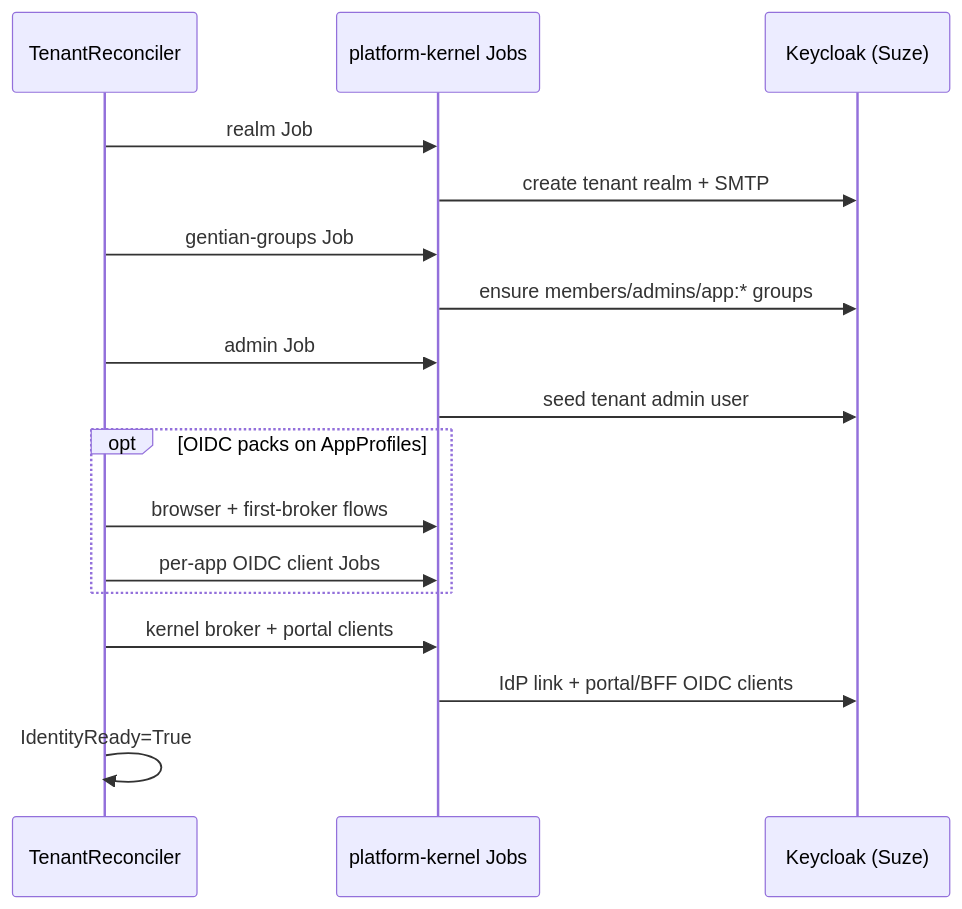
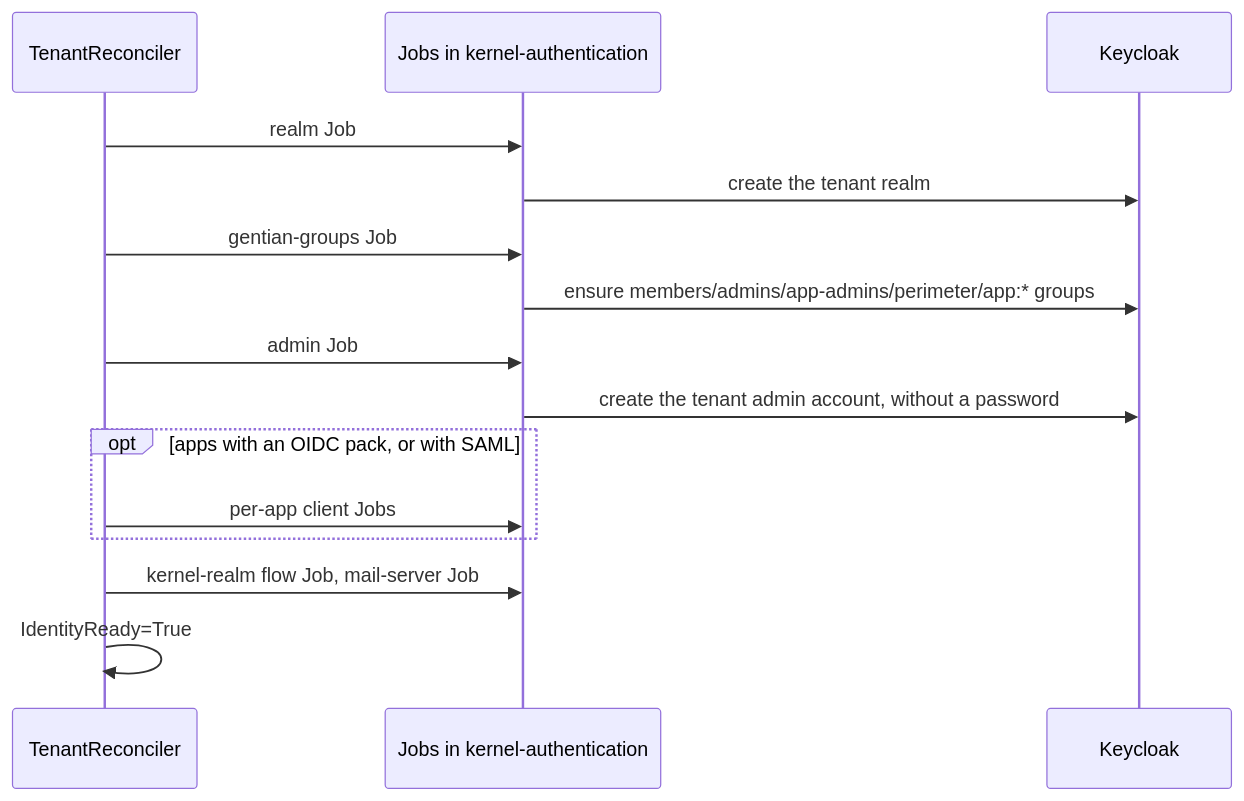
The diagram in docs/design/iam.md (gentian-org/gentian-os), drawn with Mermaid before and after one commit. The commit also changed other lines of this file and 27 other files, not shown here.

````diff
--- a/docs/design/iam.md
+++ b/docs/design/iam.md
@@ -194,20 +227,18 @@
 ```mermaid
 sequenceDiagram
   participant TR as TenantReconciler
-  participant KC as platform-kernel Jobs
-  participant K as Keycloak (Suze)
+  participant KC as Jobs in kernel-authentication
+  participant K as Keycloak
 
   TR->>KC: realm Job
-  KC->>K: create tenant realm + SMTP
+  KC->>K: create the tenant realm
   TR->>KC: gentian-groups Job
-  KC->>K: ensure members/admins/app:* groups
+  KC->>K: ensure members/admins/app-admins/perimeter/app:* groups
   TR->>KC: admin Job
-  KC->>K: seed tenant admin user
-  opt OIDC packs on AppProfiles
-    TR->>KC: browser + first-broker flows
-    TR->>KC: per-app OIDC client Jobs
+  KC->>K: create the tenant admin account, without a password
+  opt apps with an OIDC pack, or with SAML
+    TR->>KC: per-app client Jobs
   end
-  TR->>KC: kernel broker + portal clients
-  KC->>K: IdP link + portal/BFF OIDC clients
+  TR->>KC: kernel-realm flow Job, mail-server Job
   TR->>TR: IdentityReady=True
 ```
````
